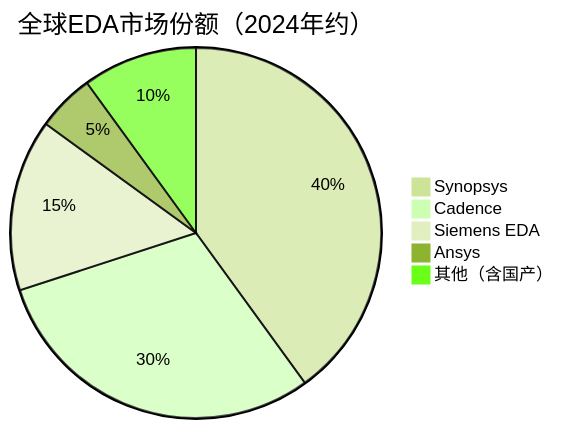
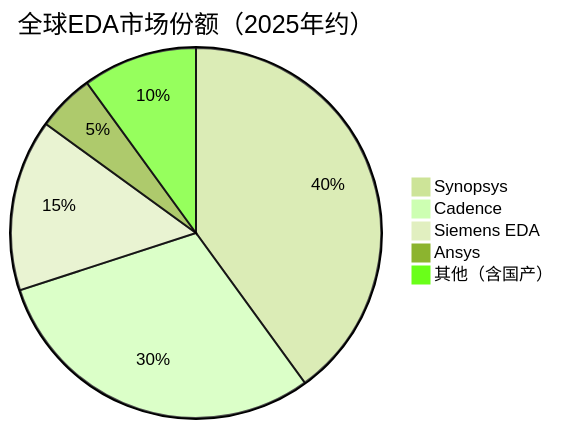
The third of 3 diagrams in AI产业链/中游/芯片设计/设计工具EDA与IP.md (blueprint1453/industry-insight), drawn with Mermaid (forest theme) before and after one commit. The commit also changed other lines of this file and 78 other files, not shown here.

````diff
--- a/AI产业链/中游/芯片设计/设计工具EDA与IP.md
+++ b/AI产业链/中游/芯片设计/设计工具EDA与IP.md
@@ -109,8 +109,8 @@
 ```mermaid
-pie title 全球EDA市场份额（2024年约）
+pie title 全球EDA市场份额（2025年约）
     "Synopsys" : 40
     "Cadence" : 30
     "Siemens EDA" : 15
     "Ansys" : 5
     "其他（含国产）" : 10
 ```
````
